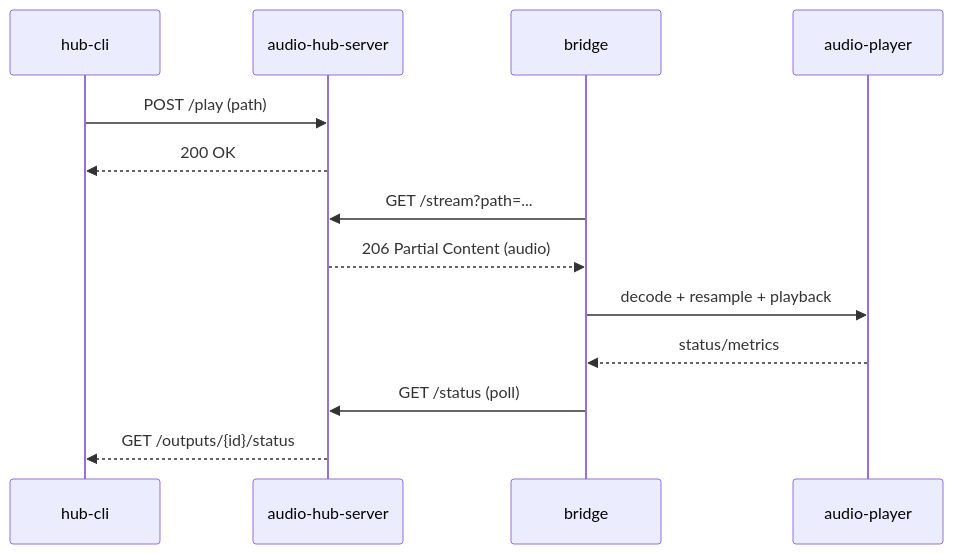
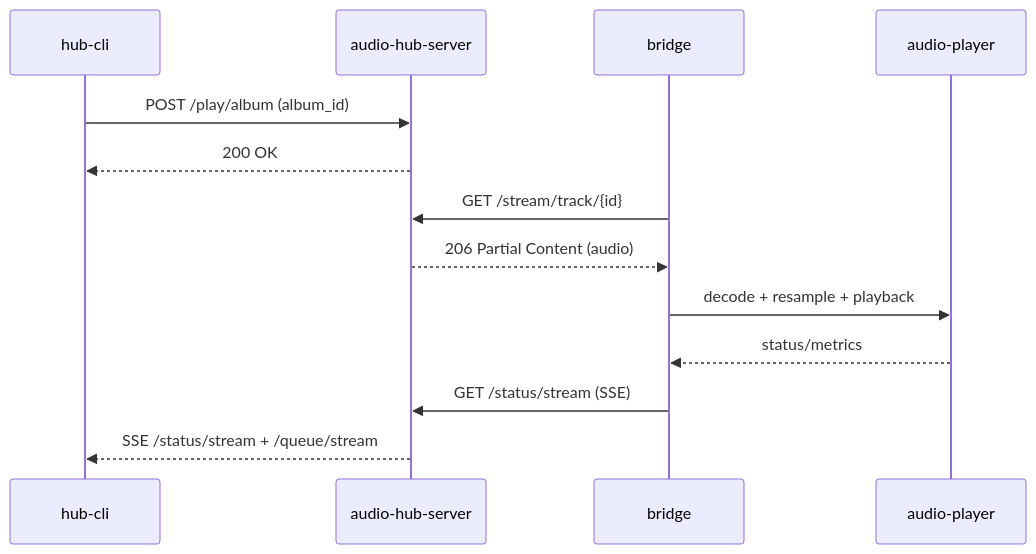
Before and after one commit to dariusbakunas/audio-bridge: the first of 2 diagrams in README.md, drawn with Mermaid. The commit also changed other lines of this file, not shown here.

````diff
--- a/README.md
+++ b/README.md
@@ -30,16 +31,16 @@
 ```mermaid
 sequenceDiagram
     participant CLI as hub-cli
     participant HUB as audio-hub-server
     participant BR as bridge
     participant AP as audio-player
 
-    CLI->>HUB: POST /play (path)
+    CLI->>HUB: POST /play/album (album_id)
     HUB-->>CLI: 200 OK
-    BR->>HUB: GET /stream?path=...
+    BR->>HUB: GET /stream/track/{id}
     HUB-->>BR: 206 Partial Content (audio)
     BR->>AP: decode + resample + playback
     AP-->>BR: status/metrics
-    BR->>HUB: GET /status (poll)
-    HUB-->>CLI: GET /outputs/{id}/status
+    BR->>HUB: GET /status/stream (SSE)
+    HUB-->>CLI: SSE /status/stream + /queue/stream
 ```
````
